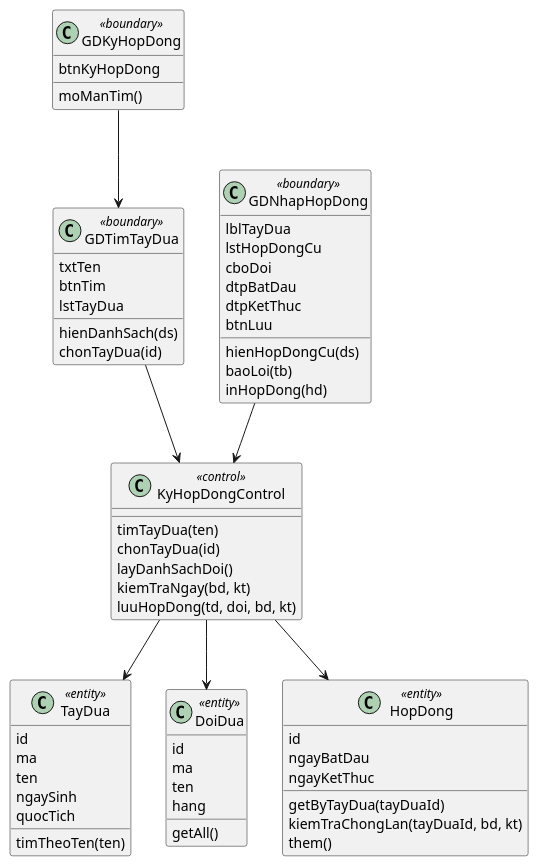
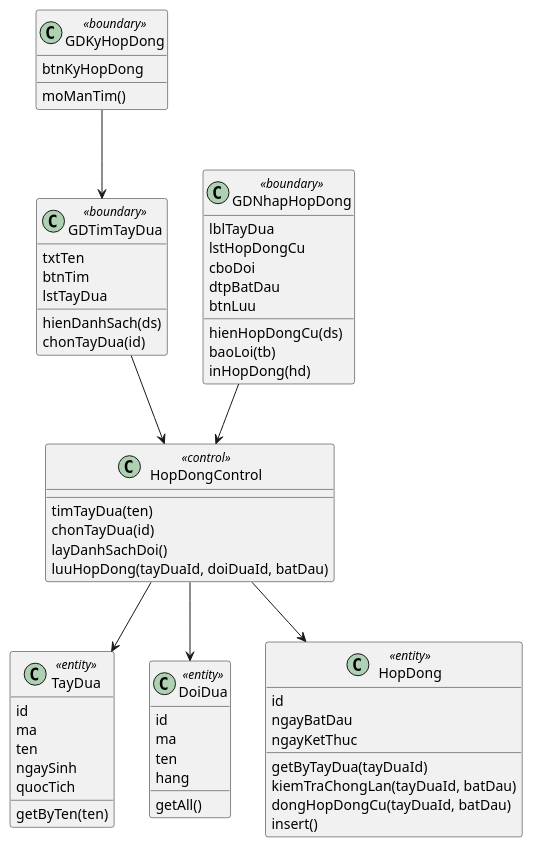
The third of 5 diagrams in Module 1 - Quan/noi-dung.md (7gho/CNPM-He2026), drawn with PlantUML before and after one commit. The commit also changed other lines of this file and 9 other files, not shown here.

````diff
--- a/Module 1 - Quan/noi-dung.md
+++ b/Module 1 - Quan/noi-dung.md
@@ -91,62 +95,61 @@
 ```plantuml
 @startuml
 class GDKyHopDong <<boundary>> {
   btnKyHopDong
   moManTim()
 }
 class GDTimTayDua <<boundary>> {
   txtTen
   btnTim
   lstTayDua
   hienDanhSach(ds)
   chonTayDua(id)
 }
 class GDNhapHopDong <<boundary>> {
   lblTayDua
   lstHopDongCu
   cboDoi
   dtpBatDau
-  dtpKetThuc
   btnLuu
   hienHopDongCu(ds)
   baoLoi(tb)
   inHopDong(hd)
 }
-class KyHopDongControl <<control>> {
+class HopDongControl <<control>> {
   timTayDua(ten)
   chonTayDua(id)
   layDanhSachDoi()
-  kiemTraNgay(bd, kt)
-  luuHopDong(td, doi, bd, kt)
+  luuHopDong(tayDuaId, doiDuaId, batDau)
 }
 class TayDua <<entity>> {
   id
   ma
   ten
   ngaySinh
   quocTich
-  timTheoTen(ten)
+  getByTen(ten)
 }
 class DoiDua <<entity>> {
   id
   ma
   ten
   hang
   getAll()
 }
 class HopDong <<entity>> {
   id
   ngayBatDau
   ngayKetThuc
   getByTayDua(tayDuaId)
-  kiemTraChongLan(tayDuaId, bd, kt)
-  them()
+  kiemTraChongLan(tayDuaId, batDau)
+  dongHopDongCu(tayDuaId, batDau)
+  insert()
 }
 GDKyHopDong --> GDTimTayDua
-GDTimTayDua --> KyHopDongControl
-GDNhapHopDong --> KyHopDongControl
-KyHopDongControl --> TayDua
-KyHopDongControl --> DoiDua
-KyHopDongControl --> HopDong
+GDTimTayDua --> HopDongControl
+GDNhapHopDong --> HopDongControl
+HopDongControl --> TayDua
+HopDongControl --> DoiDua
+HopDongControl --> HopDong
 @enduml
 ```
````
